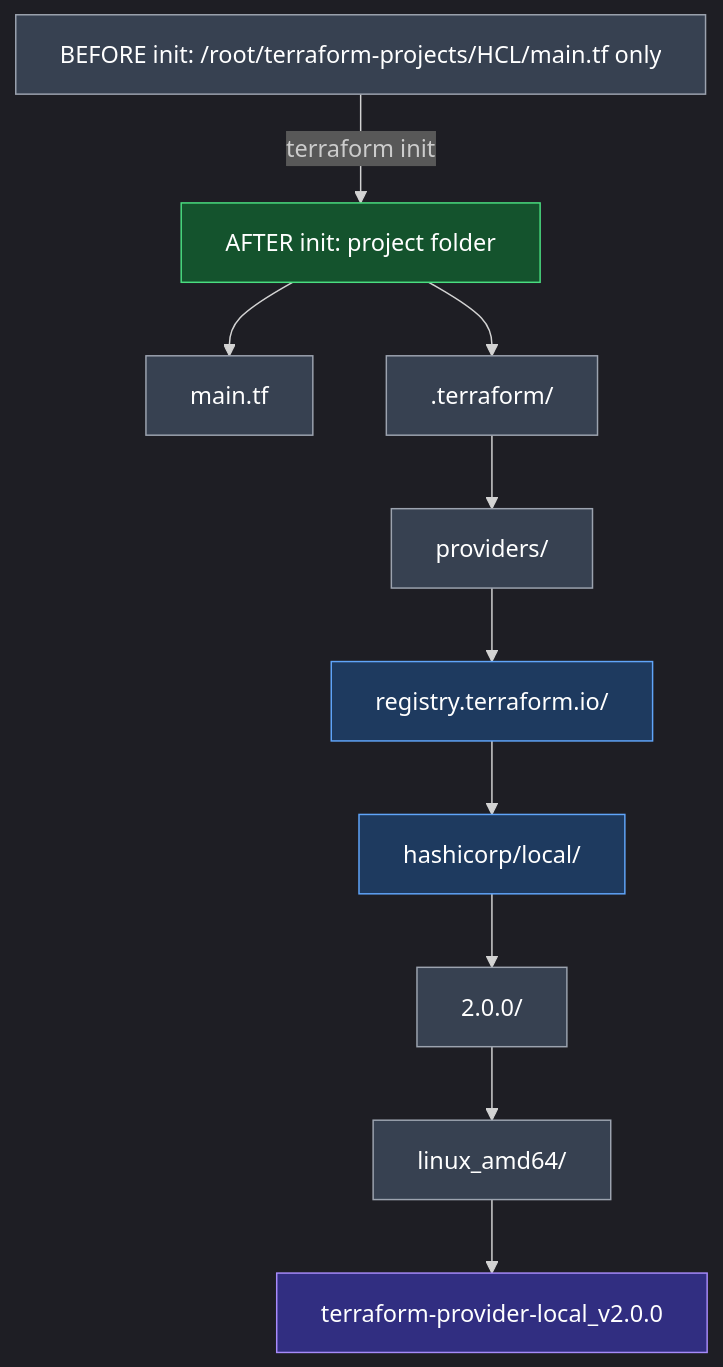
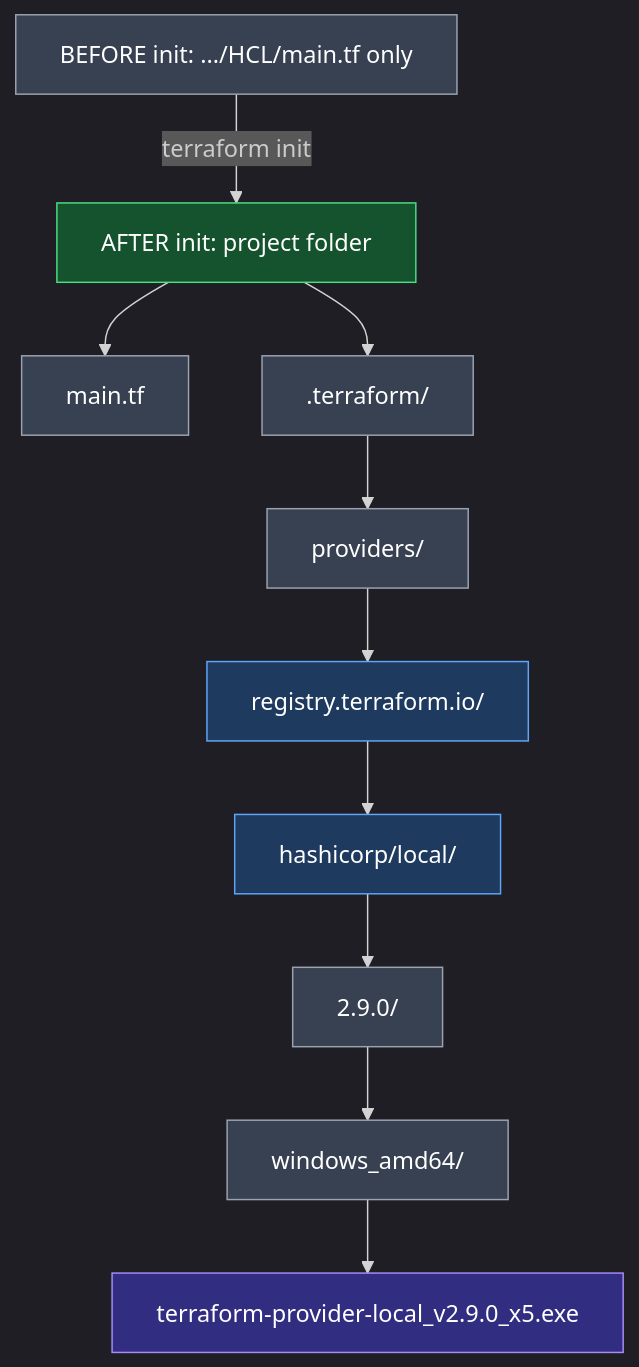
The seventh of 9 diagrams in 04_Core_Terraform_Basics/01_Terraform_Provider.md (nirajp82/Terraform_Basics), drawn with Mermaid before and after one commit. The commit also changed other lines of this file, not shown here.

Commit message:
Update Diagram

````diff
--- a/04_Core_Terraform_Basics/01_Terraform_Provider.md
+++ b/04_Core_Terraform_Basics/01_Terraform_Provider.md
@@ -229,25 +229,25 @@
 ```mermaid
 %%{init: {'theme': 'dark', 'flowchart': {'htmlLabels': true}}}%%
 flowchart TD
-    B1["<div style='white-space:nowrap'>BEFORE init: /root/terraform-projects/HCL/main.tf only</div>"]
+    B1["<div style='white-space:nowrap'>BEFORE init: .../HCL/main.tf only</div>"]
     B1 -->|"terraform init"| A1["AFTER init: project folder"]
     A1 --> A2["main.tf"]
     A1 --> A3[".terraform/"]
     A3 --> A4["providers/"]
     A4 --> A5["registry.terraform.io/"]
     A5 --> A6["hashicorp/local/"]
-    A6 --> A7["2.0.0/"]
-    A7 --> A8["linux_amd64/"]
-    A8 --> A9["<div style='white-space:nowrap'>terraform-provider-local_v2.0.0</div>"]
+    A6 --> A7["2.9.0/"]
+    A7 --> A8["windows_amd64/"]
+    A8 --> A9["<div style='white-space:nowrap'>terraform-provider-local_v2.9.0_x5.exe</div>"]
 
     style B1 fill:#374151,stroke:#9ca3af,color:#ffffff
     style A1 fill:#14532d,stroke:#4ade80,color:#ffffff
     style A2 fill:#374151,stroke:#9ca3af,color:#ffffff
     style A3 fill:#374151,stroke:#9ca3af,color:#ffffff
     style A4 fill:#374151,stroke:#9ca3af,color:#ffffff
     style A5 fill:#1e3a5f,stroke:#60a5fa,color:#ffffff
     style A6 fill:#1e3a5f,stroke:#60a5fa,color:#ffffff
     style A7 fill:#374151,stroke:#9ca3af,color:#ffffff
     style A8 fill:#374151,stroke:#9ca3af,color:#ffffff
     style A9 fill:#312e81,stroke:#a78bfa,color:#ffffff
 ```
````
